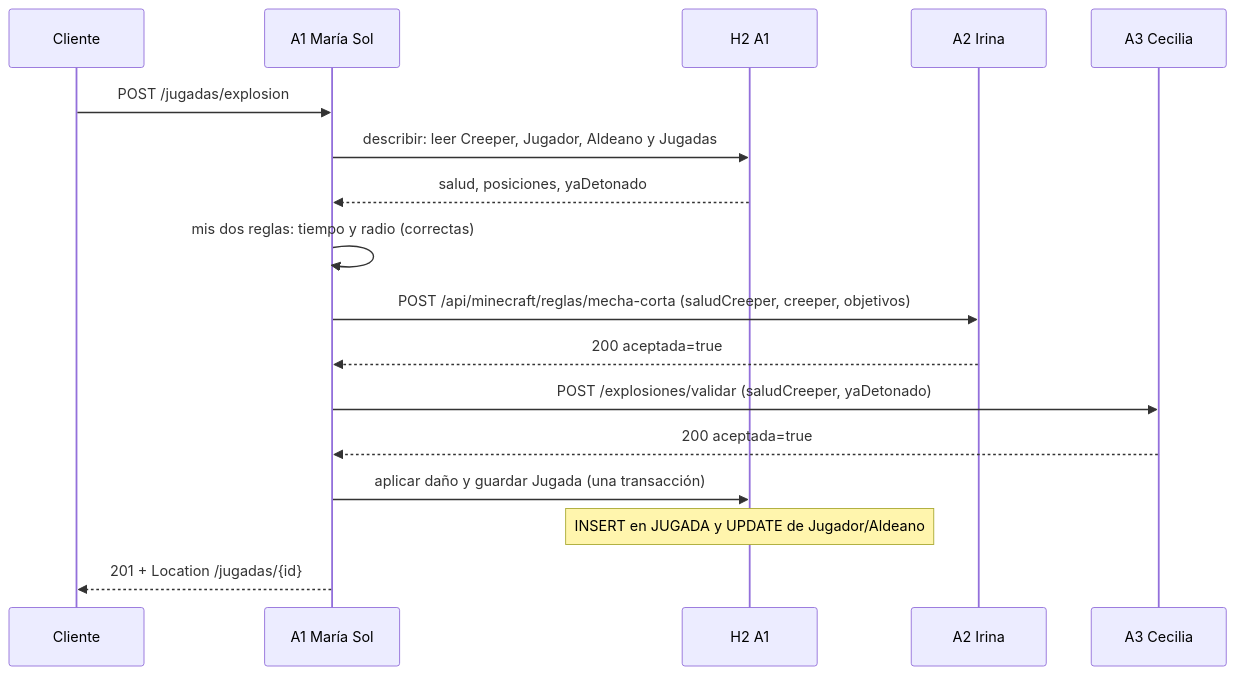
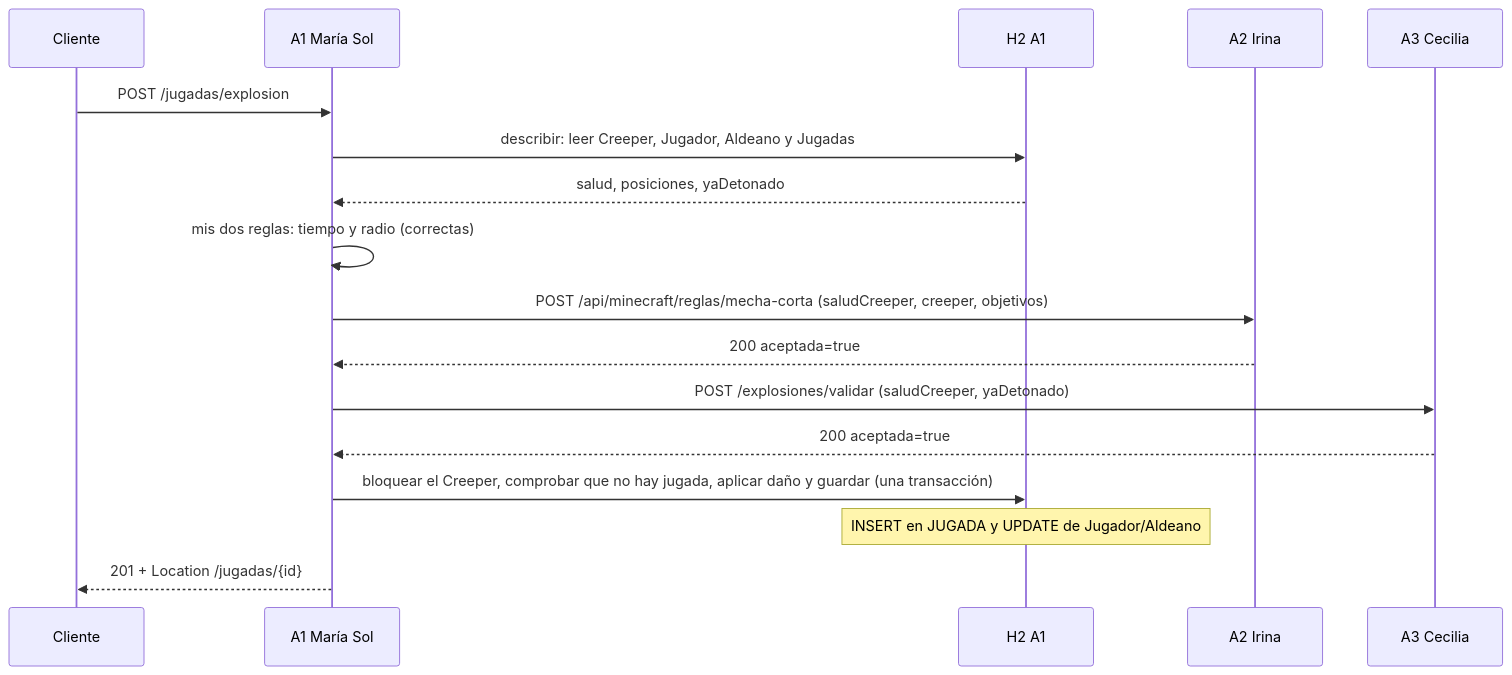
The first of 6 diagrams in README.md (MariaSol45/msferreira-tplp3-2026), drawn with Mermaid before and after one commit. The commit also changed other lines of this file and 8 other files, not shown here.

````diff
--- a/README.md
+++ b/README.md
@@ -61,19 +61,19 @@
 ```mermaid
 sequenceDiagram
     participant C as Cliente
     participant A1 as A1 María Sol
     participant H2 as H2 A1
     participant A2 as A2 Irina
     participant A3 as A3 Cecilia
     C->>A1: POST /jugadas/explosion
     A1->>H2: describir: leer Creeper, Jugador, Aldeano y Jugadas
     H2-->>A1: salud, posiciones, yaDetonado
     A1->>A1: mis dos reglas: tiempo y radio (correctas)
     A1->>A2: POST /api/minecraft/reglas/mecha-corta (saludCreeper, creeper, objetivos)
     A2-->>A1: 200 aceptada=true
     A1->>A3: POST /explosiones/validar (saludCreeper, yaDetonado)
     A3-->>A1: 200 aceptada=true
-    A1->>H2: aplicar daño y guardar Jugada (una transacción)
+    A1->>H2: bloquear el Creeper, comprobar que no hay jugada, aplicar daño y guardar (una transacción)
     Note over H2: INSERT en JUGADA y UPDATE de Jugador/Aldeano
     A1-->>C: 201 + Location /jugadas/{id}
 ```
````
